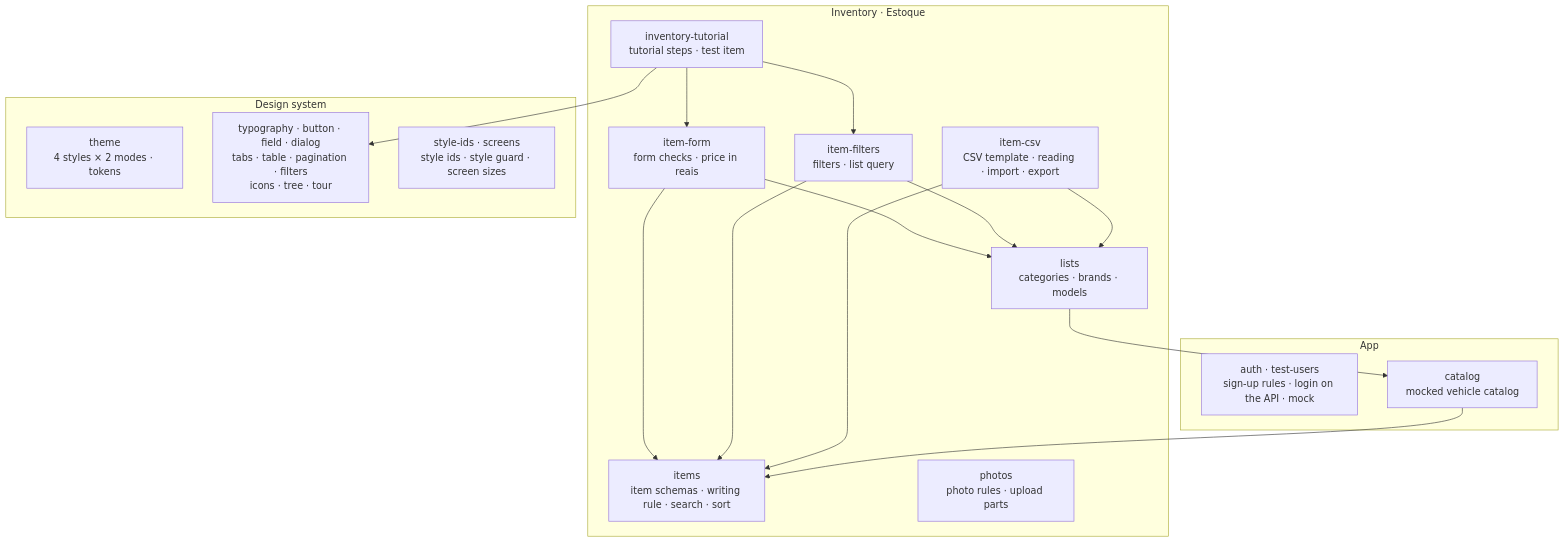
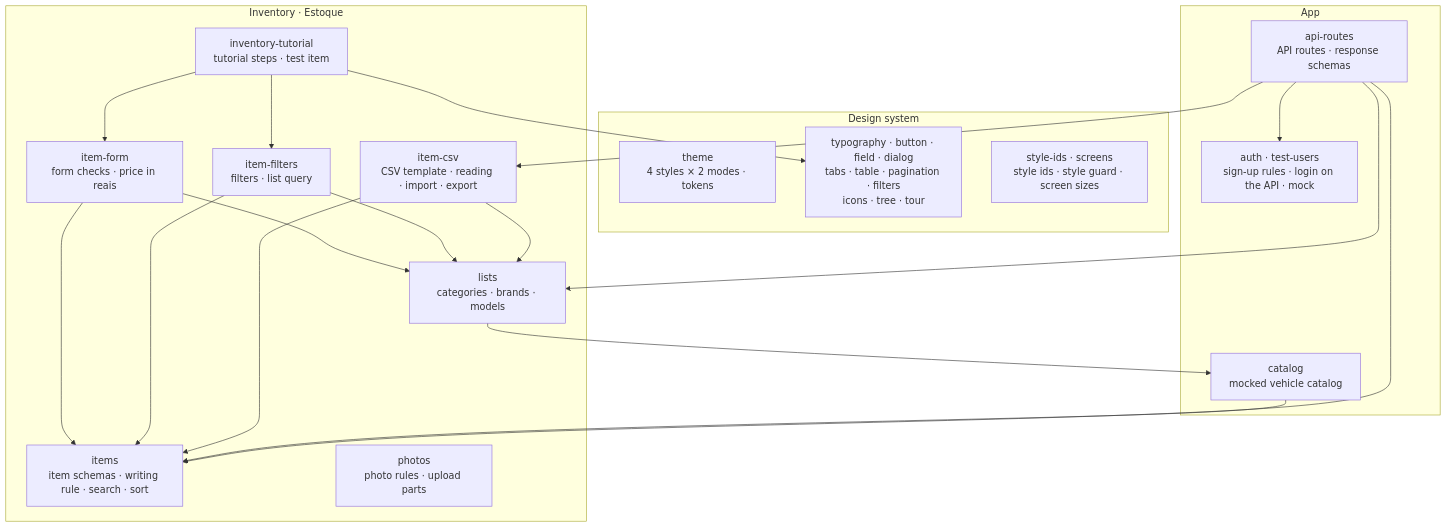
One commit to ChrisCamilo/apc-universal-repair changed the second of 6 diagrams in docs/architecture.md. Above: the diagram before and after it, drawn with Mermaid. The commit also changed other lines of this file and 1 other file, not shown here.

Commit message:
docs: Say the demo changes with the API and how CI checks it

````diff
--- a/docs/architecture.md
+++ b/docs/architecture.md
@@ -44,32 +44,37 @@
 ```mermaid
 flowchart TB
     subgraph inventory["Inventory · Estoque"]
         items["items<br/>item schemas · writing rule · search · sort"]
         itemForm["item-form<br/>form checks · price in reais"]
         itemFilters["item-filters<br/>filters · list query"]
         itemCsv["item-csv<br/>CSV template · reading · import · export"]
         lists["lists<br/>categories · brands · models"]
         photos["photos<br/>photo rules · upload parts"]
         tutorial["inventory-tutorial<br/>tutorial steps · test item"]
     end
     subgraph ui["Design system"]
         theme["theme<br/>4 styles × 2 modes · tokens"]
         rest["typography · button · field · dialog<br/>tabs · table · pagination · filters<br/>icons · tree · tour"]
         styling["style-ids · screens<br/>style ids · style guard · screen sizes"]
     end
     subgraph other["App"]
         auth["auth · test-users<br/>sign-up rules · login on the API · mock"]
         catalog["catalog<br/>mocked vehicle catalog"]
+        apiRoutes["api-routes<br/>API routes · response schemas"]
     end
     itemForm --> items
     itemFilters --> items
     itemCsv --> items
     itemForm --> lists
     itemFilters --> lists
     itemCsv --> lists
     lists --> catalog
     catalog --> items
     tutorial --> itemForm
     tutorial --> itemFilters
     tutorial --> rest
+    apiRoutes --> auth
+    apiRoutes --> items
+    apiRoutes --> itemCsv
+    apiRoutes --> lists
 ```
````
